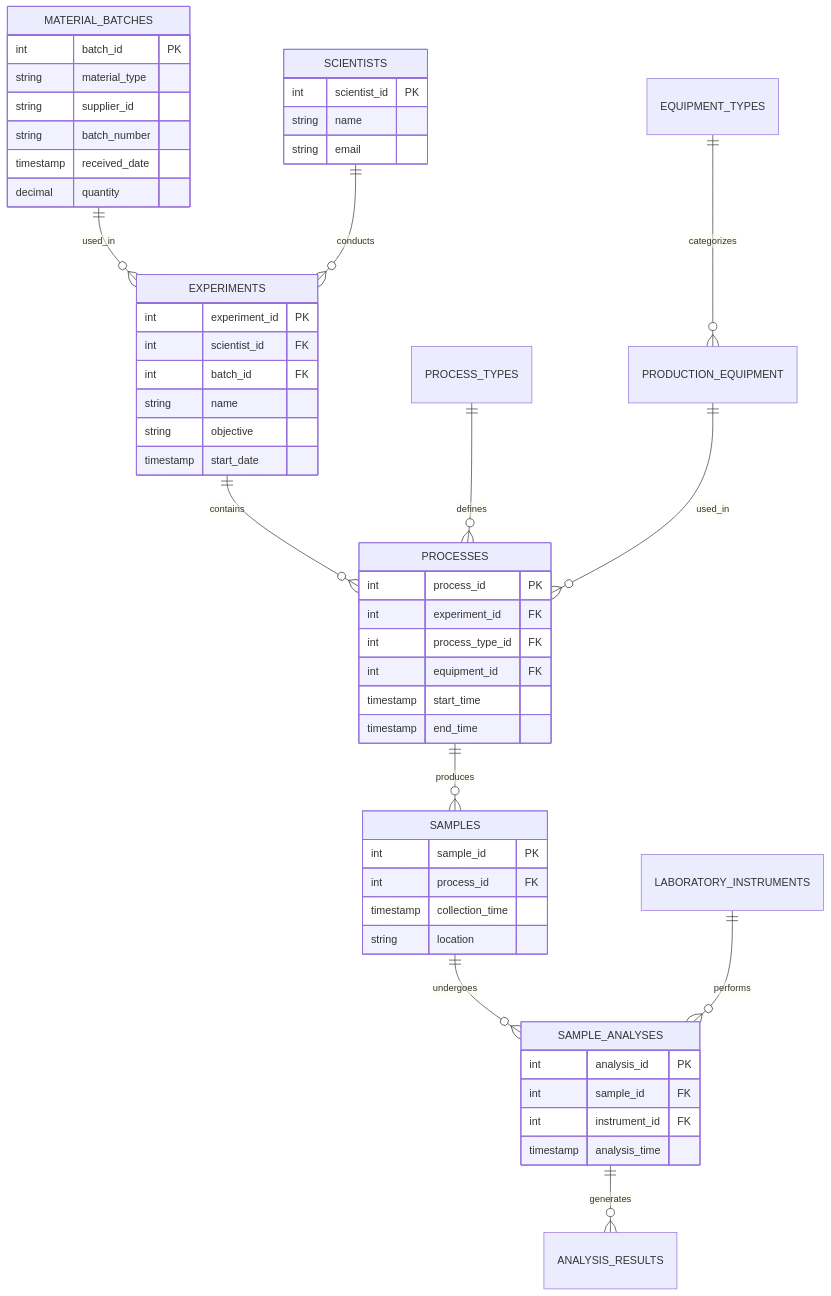
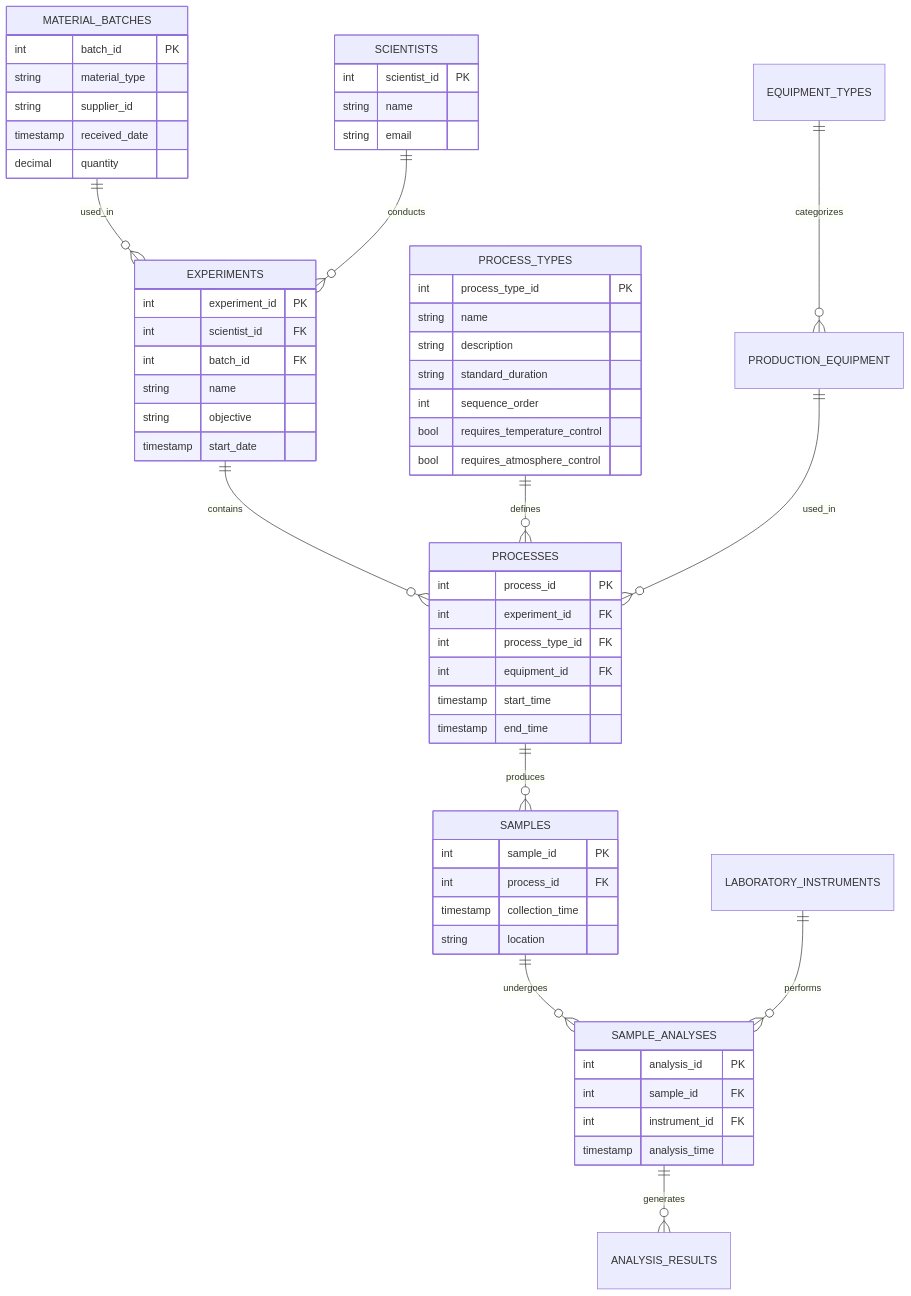
The diagram in docs/ERD.md (ojsindher/lab-database), drawn with Mermaid before and after one commit.

Commit message:
adding process types

````diff
--- a/docs/ERD.md
+++ b/docs/ERD.md
@@ -3,60 +3,69 @@
 ```mermaid
 erDiagram
     MATERIAL_BATCHES ||--o{ EXPERIMENTS : "used_in"
     EXPERIMENTS ||--o{ PROCESSES : "contains"
     PROCESSES ||--o{ SAMPLES : "produces"
     SAMPLES ||--o{ SAMPLE_ANALYSES : "undergoes"
     SAMPLE_ANALYSES ||--o{ ANALYSIS_RESULTS : "generates"
     PROCESS_TYPES ||--o{ PROCESSES : "defines"
     EQUIPMENT_TYPES ||--o{ PRODUCTION_EQUIPMENT : "categorizes"
     PRODUCTION_EQUIPMENT ||--o{ PROCESSES : "used_in"
     LABORATORY_INSTRUMENTS ||--o{ SAMPLE_ANALYSES : "performs"
     SCIENTISTS ||--o{ EXPERIMENTS : "conducts"
     
     MATERIAL_BATCHES {
         int batch_id PK
         string material_type
         string supplier_id
-        string batch_number
         timestamp received_date
         decimal quantity
     }
 
     SCIENTISTS  {
         int scientist_id PK
         string name
         string email
     }
     
     EXPERIMENTS {
         int experiment_id PK
         int scientist_id FK
         int batch_id FK
         string name
         string objective
         timestamp start_date
+    }
+
+    PROCESS_TYPES {
+        int process_type_id PK
+        string name
+        string description
+        string standard_duration
+        int sequence_order
+        bool requires_temperature_control
+        bool requires_atmosphere_control
     }
     
     PROCESSES {
         int process_id PK
         int experiment_id FK
         int process_type_id FK
         int equipment_id FK
         timestamp start_time
         timestamp end_time
     }
     
     SAMPLES {
         int sample_id PK
         int process_id FK
         timestamp collection_time
         string location
     }
     
     SAMPLE_ANALYSES {
         int analysis_id PK
         int sample_id FK
         int instrument_id FK
         timestamp analysis_time
     }
 ```
````
